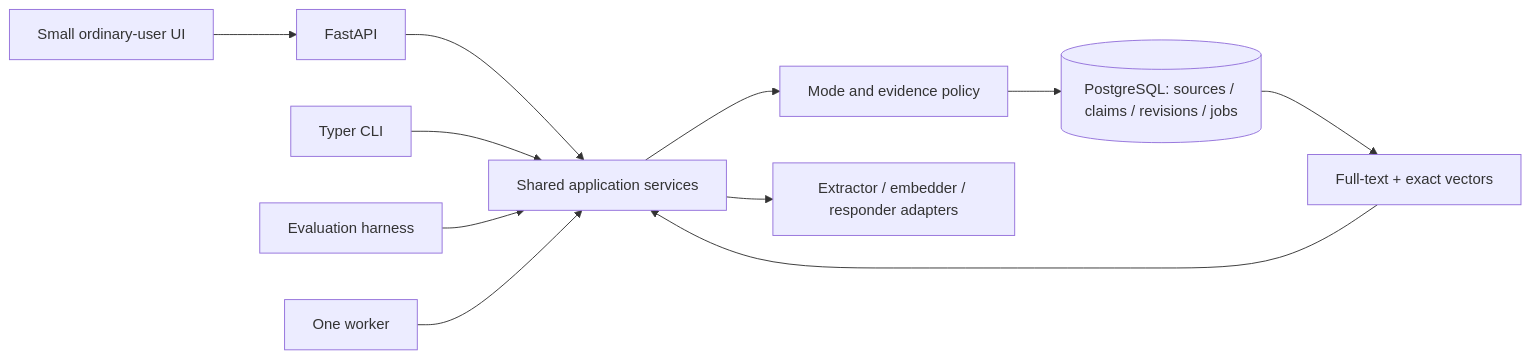
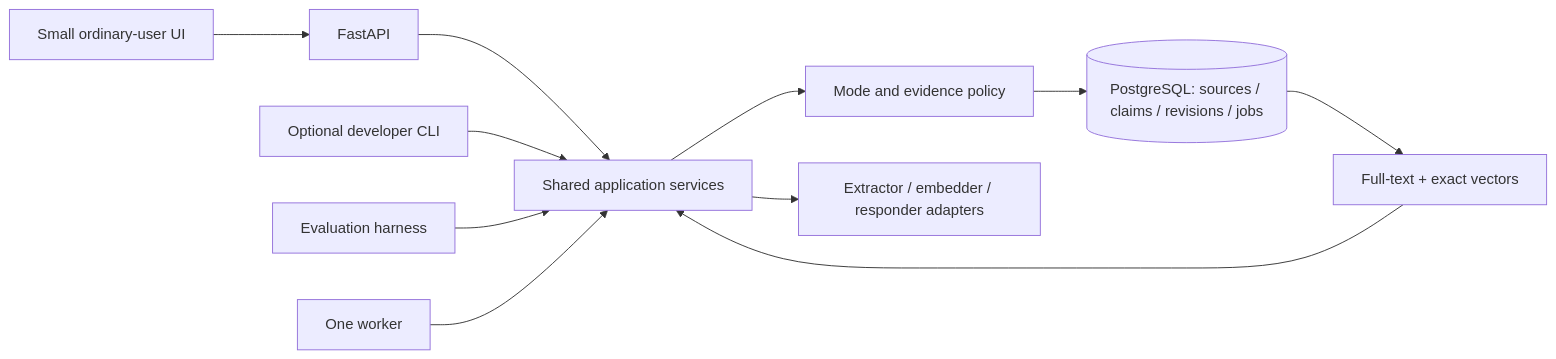
The diagram in ARCHITECTURE.md (harshith0518/LocalSemanticMemory), drawn with Mermaid before and after one commit. The commit also changed other lines of this file and 19 other files, not shown here.

````diff
--- a/ARCHITECTURE.md
+++ b/ARCHITECTURE.md
@@ -7,13 +7,13 @@
 ```mermaid
 flowchart LR
   UI[Small ordinary-user UI] --> API[FastAPI]
   API --> S[Shared application services]
-  CLI[Typer CLI] --> S
+  CLI[Optional developer CLI] --> S
   EVAL[Evaluation harness] --> S
   WORKER[One worker] --> S
   S --> POLICY[Mode and evidence policy]
   POLICY --> DB[(PostgreSQL: sources / claims / revisions / jobs)]
   S --> MODELS[Extractor / embedder / responder adapters]
   DB --> SEARCH[Full-text + exact vectors]
   SEARCH --> S
 ```
````
